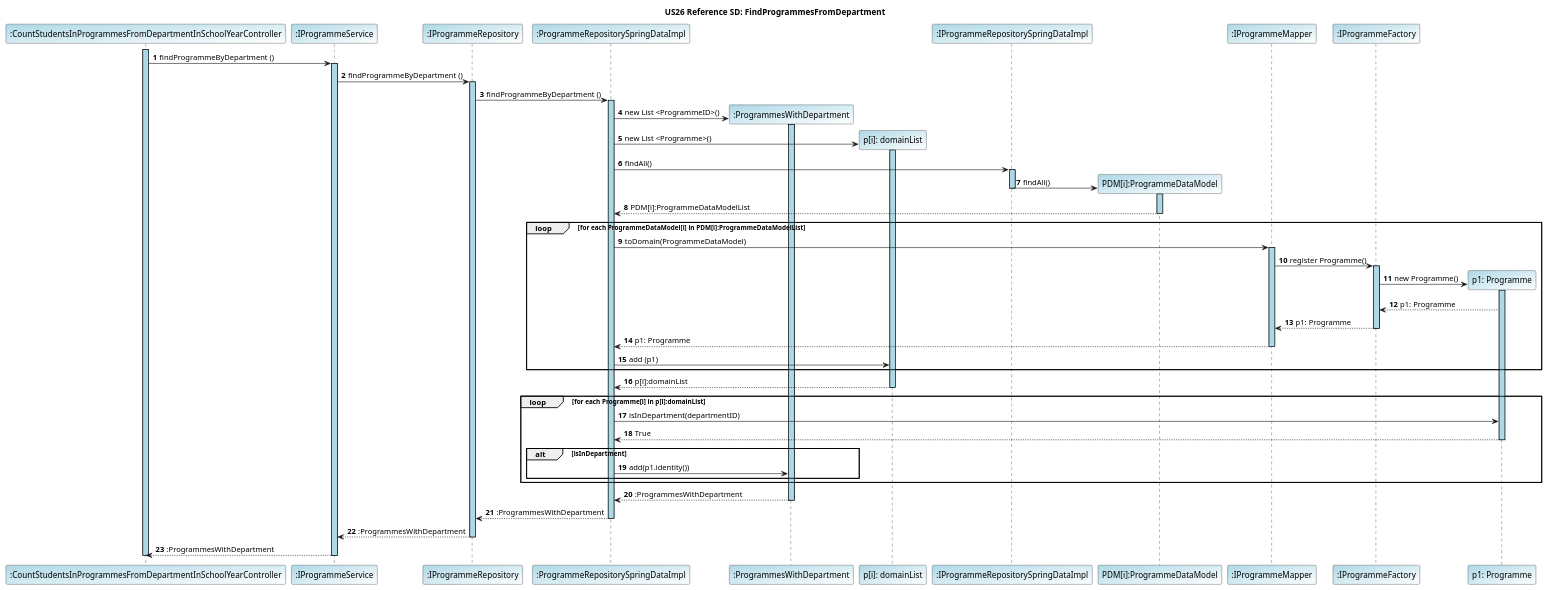
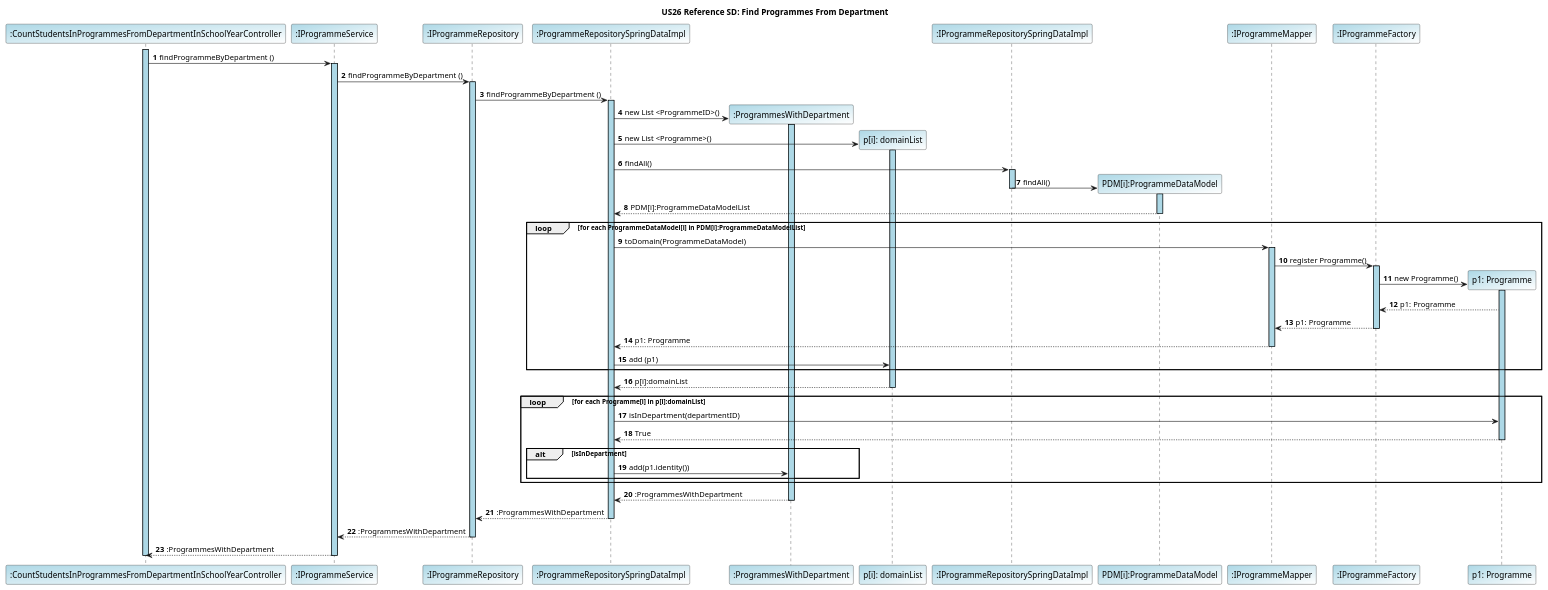
Before and after one commit to GasparISEP/DevOps-PAI: the diagram in docs/US26/JPA_SpringData_Diagrams/US26_Ref_FindProgrammesFromDepartment.puml, drawn with PlantUML. The commit also changed 25 other files, not shown here.

Commit message:
Updated Controller for functionality CountStudentsInProgrammesFromDepartmentInGivenSchoolYear + tests- Refs #394 #463

```diff
--- a/docs/US26/JPA_SpringData_Diagrams/US26_Ref_FindProgrammesFromDepartment.puml
+++ b/docs/US26/JPA_SpringData_Diagrams/US26_Ref_FindProgrammesFromDepartment.puml
@@ -1,83 +1,83 @@
 @startuml
 
- title US26 Reference SD: FindProgrammesFromDepartment
+ title US26 Reference SD: Find Programmes From Department
  autonumber
  skinparam sequence {
     LifelineBorderColor Black
     LifelineBackgroundColor LightBlue
   }
 
  participant ":CountStudentsInProgrammesFromDepartmentInSchoolYearController" as Controller #LightBlue/White
  participant ":IProgrammeService" as IProgrammeService #LightBlue/White
  participant ":IProgrammeRepository" as IProgrammeRepository #LightBlue/White
  participant ":ProgrammeRepositorySpringDataImpl" as ProgrammeRepositorySpringDataImpl #LightBlue/White
 
  activate Controller
  Controller -> IProgrammeService: findProgrammeByDepartment ()
 
  activate IProgrammeService
  IProgrammeService -> IProgrammeRepository: findProgrammeByDepartment ()
  activate IProgrammeRepository
  IProgrammeRepository -> ProgrammeRepositorySpringDataImpl: findProgrammeByDepartment ()
  activate ProgrammeRepositorySpringDataImpl
  create ":ProgrammesWithDepartment" #LightBlue/White
 
  ProgrammeRepositorySpringDataImpl ->  ":ProgrammesWithDepartment"** : new List <ProgrammeID>()
  activate ":ProgrammesWithDepartment"
 
  create "p[i]: domainList" #LightBlue/White
  ProgrammeRepositorySpringDataImpl ->  "p[i]: domainList"** : new List <Programme>()
  activate "p[i]: domainList"
  participant ":IProgrammeRepositorySpringDataImpl" as IProgrammeRepositorySpringDataImpl #LightBlue/White
 
  ProgrammeRepositorySpringDataImpl -> IProgrammeRepositorySpringDataImpl: findAll()
  activate IProgrammeRepositorySpringDataImpl
  create "PDM[i]:ProgrammeDataModel" #LightBlue/White
  IProgrammeRepositorySpringDataImpl -> "PDM[i]:ProgrammeDataModel"** : findAll()
  deactivate IProgrammeRepositorySpringDataImpl
  activate "PDM[i]:ProgrammeDataModel"
  "PDM[i]:ProgrammeDataModel" --> ProgrammeRepositorySpringDataImpl: PDM[i]:ProgrammeDataModelList
 
  loop for each ProgrammeDataModel[i] in PDM[i]:ProgrammeDataModelList
  deactivate "PDM[i]:ProgrammeDataModel"
  participant ":IProgrammeMapper" as IProgrammeMapper #LightBlue/White
 
  ProgrammeRepositorySpringDataImpl -> IProgrammeMapper: toDomain(ProgrammeDataModel)
  activate IProgrammeMapper
  participant ":IProgrammeFactory" as IProgrammeFactory #LightBlue/White
 
  IProgrammeMapper -> IProgrammeFactory: register Programme()
  activate IProgrammeFactory
  create "p1: Programme" #LightBlue/White
  IProgrammeFactory ->  "p1: Programme"** : new Programme()
  activate "p1: Programme"
  "p1: Programme" --> IProgrammeFactory: p1: Programme
  IProgrammeFactory --> IProgrammeMapper: p1: Programme
  deactivate IProgrammeFactory
  IProgrammeMapper --> ProgrammeRepositorySpringDataImpl: p1: Programme
 
  deactivate IProgrammeMapper
  ProgrammeRepositorySpringDataImpl -> "p[i]: domainList": add (p1)
  end
 
  "p[i]: domainList" --> ProgrammeRepositorySpringDataImpl: p[i]:domainList
  deactivate "p[i]: domainList"
  loop for each Programme[i] in p[i]:domainList
  ProgrammeRepositorySpringDataImpl -> "p1: Programme": isInDepartment(departmentID)
  "p1: Programme" --> ProgrammeRepositorySpringDataImpl: True
  deactivate "p1: Programme"
  alt isInDepartment
  ProgrammeRepositorySpringDataImpl -> ":ProgrammesWithDepartment": add(p1.identity())
  end
  end
 
  ":ProgrammesWithDepartment" --> ProgrammeRepositorySpringDataImpl: :ProgrammesWithDepartment
  deactivate ":ProgrammesWithDepartment"
  ProgrammeRepositorySpringDataImpl --> IProgrammeRepository: :ProgrammesWithDepartment
  deactivate ProgrammeRepositorySpringDataImpl
  IProgrammeRepository --> IProgrammeService: :ProgrammesWithDepartment
  deactivate IProgrammeRepository
  IProgrammeService --> Controller: :ProgrammesWithDepartment
  deactivate IProgrammeService
  deactivate Controller
  @enduml
```
